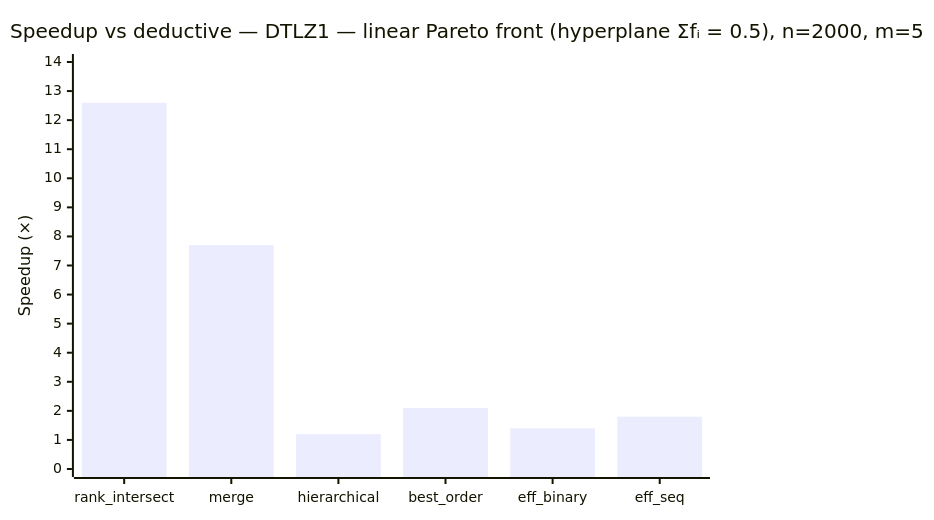
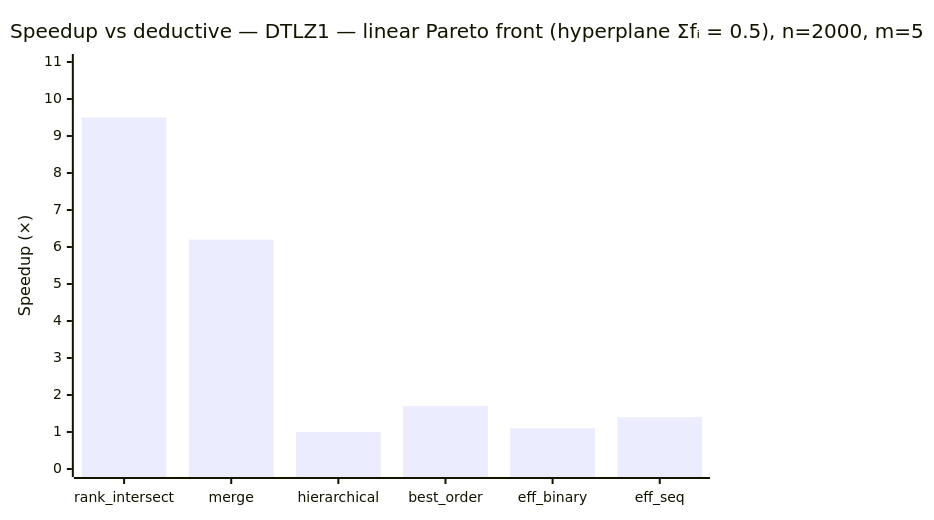
Before and after one commit to foolnotion/ndsort: the fifth of 8 diagrams in BENCHMARKS.md, drawn with Mermaid. The commit also changed other lines of this file and 4 other files, not shown here.

````diff
--- a/BENCHMARKS.md
+++ b/BENCHMARKS.md
@@ -152,7 +149,7 @@
 ```mermaid
 xychart-beta
     title "Speedup vs deductive — DTLZ1 — linear Pareto front (hyperplane Σfᵢ = 0.5), n=2000, m=5"
     x-axis ["rank_intersect", "merge", "hierarchical", "best_order", "eff_binary", "eff_seq"]
-    y-axis "Speedup (×)" 0 --> 14
-    bar [12.6, 7.7, 1.2, 2.1, 1.4, 1.8]
+    y-axis "Speedup (×)" 0 --> 11
+    bar [9.5, 6.2, 1.0, 1.7, 1.1, 1.4]
 ```
````
